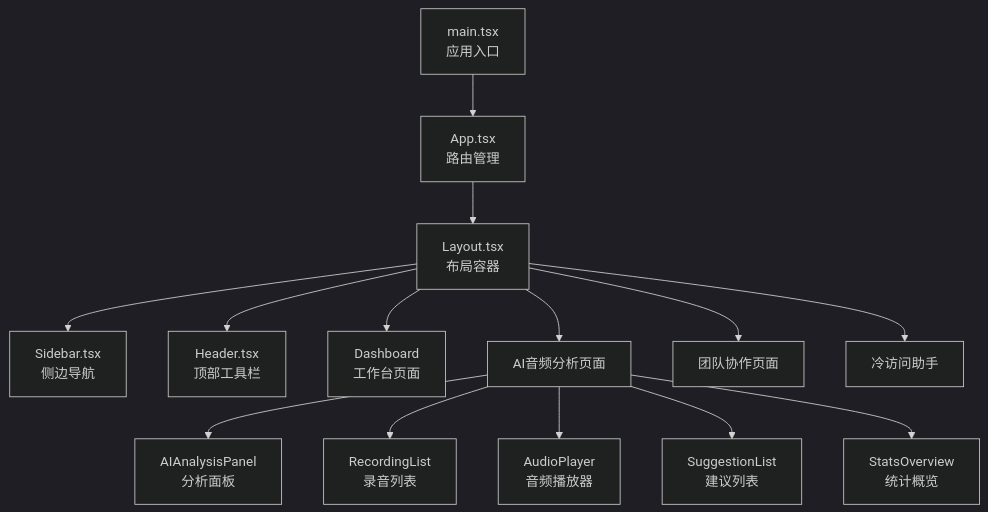
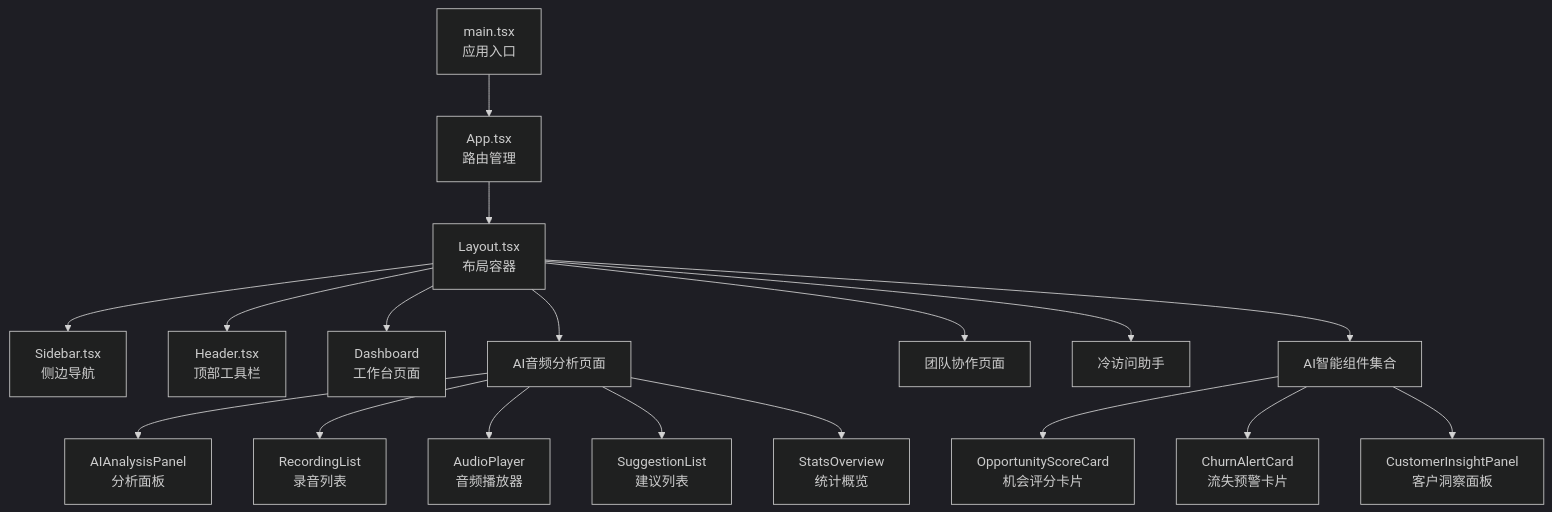
Before and after one commit to xianjianshenqu/SalesFlow-CRM: the first of 11 diagrams in .qoder/repowiki/zh/content/核心组件/核心组件.md, drawn with Mermaid (dark theme). The commit also changed other lines of this file and 36 other files, not shown here.

````diff
--- a/.qoder/repowiki/zh/content/核心组件/核心组件.md
+++ b/.qoder/repowiki/zh/content/核心组件/核心组件.md
@@ -43,16 +60,20 @@
 ```mermaid
 graph TB
 A["main.tsx<br/>应用入口"] --> B["App.tsx<br/>路由管理"]
 B --> C["Layout.tsx<br/>布局容器"]
 C --> D["Sidebar.tsx<br/>侧边导航"]
 C --> E["Header.tsx<br/>顶部工具栏"]
 C --> F["Dashboard<br/>工作台页面"]
 C --> G["AI音频分析页面"]
 C --> H["团队协作页面"]
 C --> I["冷访问助手"]
-G --> J["AIAnalysisPanel<br/>分析面板"]
-G --> K["RecordingList<br/>录音列表"]
-G --> L["AudioPlayer<br/>音频播放器"]
-G --> M["SuggestionList<br/>建议列表"]
-G --> N["StatsOverview<br/>统计概览"]
+C --> J["AI智能组件集合"]
+G --> K["AIAnalysisPanel<br/>分析面板"]
+G --> L["RecordingList<br/>录音列表"]
+G --> M["AudioPlayer<br/>音频播放器"]
+G --> N["SuggestionList<br/>建议列表"]
+G --> O["StatsOverview<br/>统计概览"]
+J --> P["OpportunityScoreCard<br/>机会评分卡片"]
+J --> Q["ChurnAlertCard<br/>流失预警卡片"]
+J --> R["CustomerInsightPanel<br/>客户洞察面板"]
 ```
````
